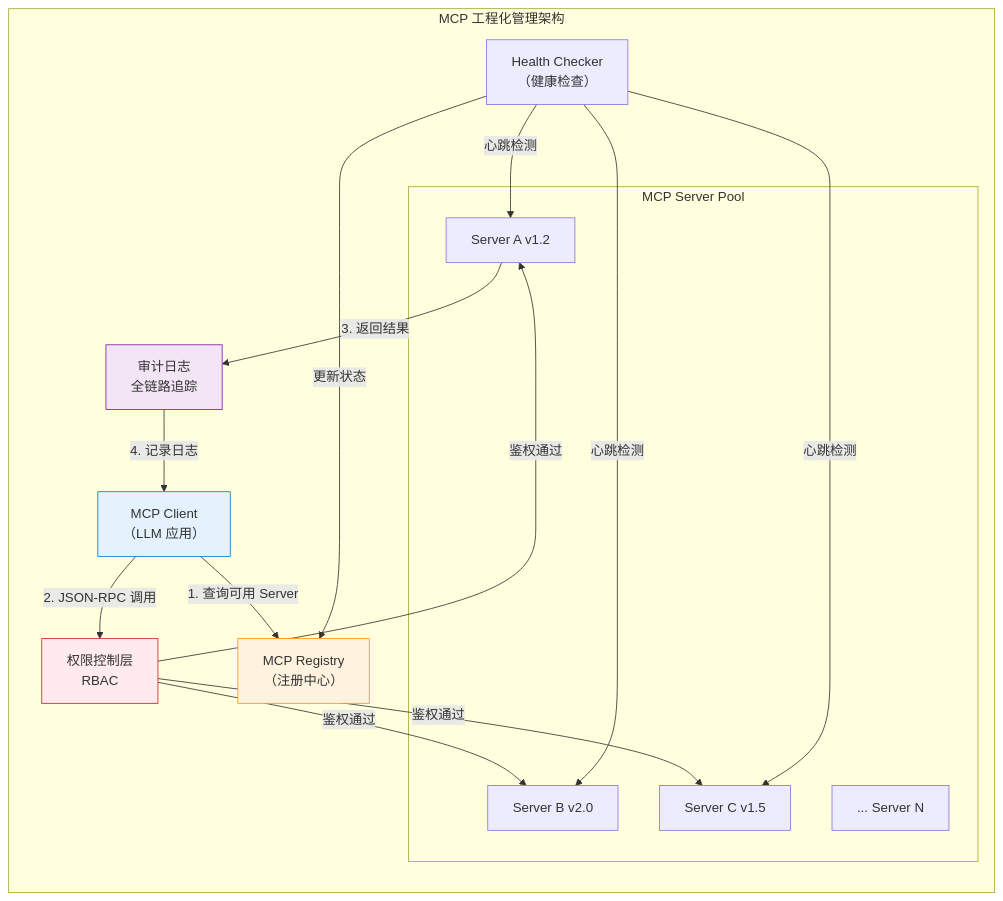
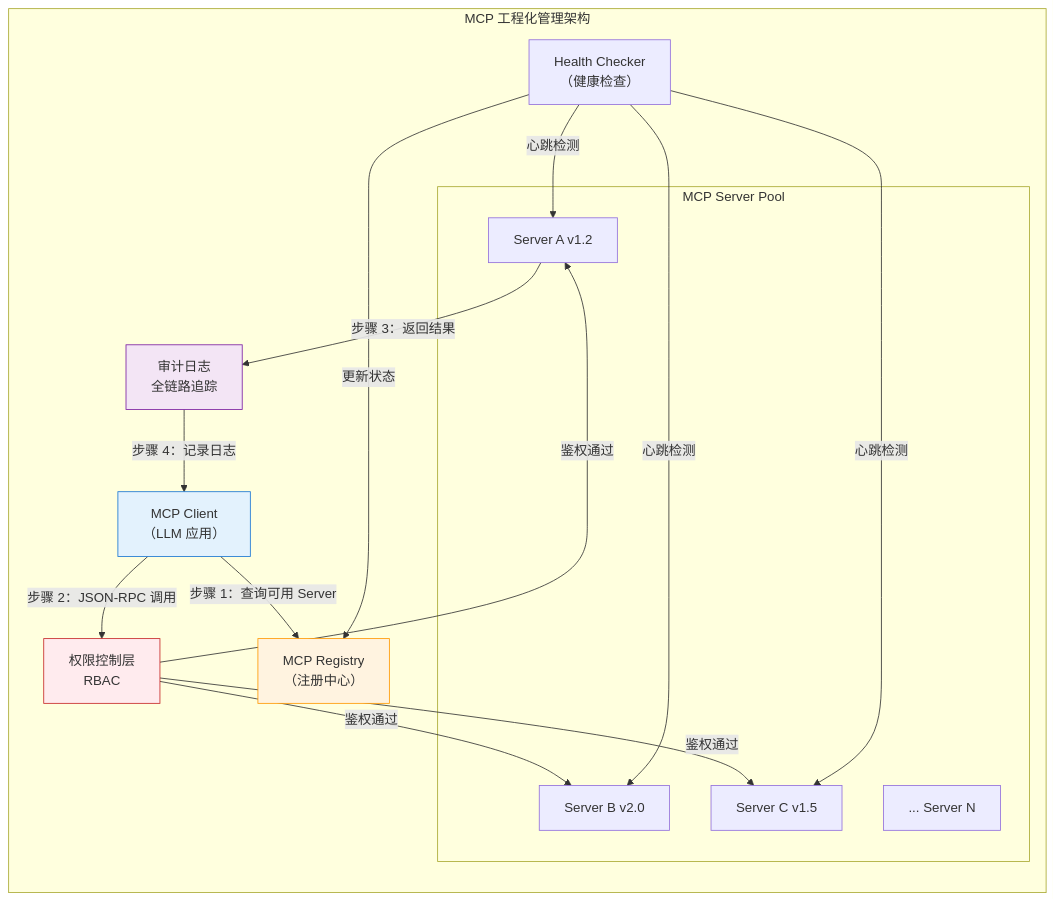
One commit to BeefWrap4/LLM-Knowledge-Base changed the ninth of 20 diagrams in 15_Agent智能体开发.md. Above: the diagram before and after it, drawn with Mermaid. The commit also changed other lines of this file and 12 other files, not shown here.

Commit message:
Fix Mermaid markdown label rendering

````diff
--- a/15_Agent智能体开发.md
+++ b/15_Agent智能体开发.md
@@ -1189,42 +1189,42 @@
 ```mermaid
 graph TB
     subgraph "MCP 工程化管理架构"
         direction TB
 
         Client["MCP Client
 （LLM 应用）"]
         Registry["MCP Registry
 （注册中心）"]
         HC["Health Checker
 （健康检查）"]
 
         subgraph "MCP Server Pool"
             S1["Server A v1.2"]
             S2["Server B v2.0"]
             S3["Server C v1.5"]
             SN["... Server N"]
         end
 
         Auth["权限控制层
 RBAC"]
         Audit["审计日志
 全链路追踪"]
 
-        Client -->|"1. 查询可用 Server"| Registry
-        Client -->|"2. JSON-RPC 调用"| Auth
+        Client -->|"步骤 1：查询可用 Server"| Registry
+        Client -->|"步骤 2：JSON-RPC 调用"| Auth
         Auth -->|"鉴权通过"| S1
         Auth -->|"鉴权通过"| S2
         Auth -->|"鉴权通过"| S3
-        S1 -->|"3. 返回结果"| Audit
-        Audit -->|"4. 记录日志"| Client
+        S1 -->|"步骤 3：返回结果"| Audit
+        Audit -->|"步骤 4：记录日志"| Client
         HC -->|"心跳检测"| S1
         HC -->|"心跳检测"| S2
         HC -->|"心跳检测"| S3
         HC -->|"更新状态"| Registry
     end
 
     style Client fill:#e3f2fd,stroke:#1976d2
     style Registry fill:#fff3e0,stroke:#ff9800
     style Auth fill:#ffebee,stroke:#c62828
     style Audit fill:#f3e5f5,stroke:#7b1fa2
 ```
````
